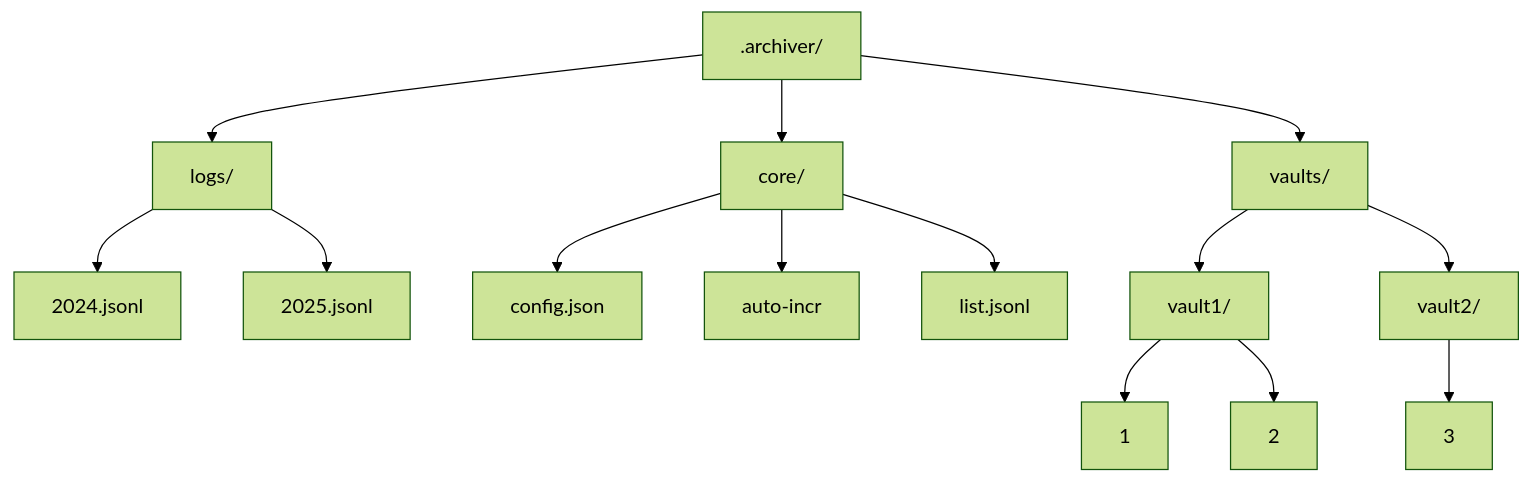
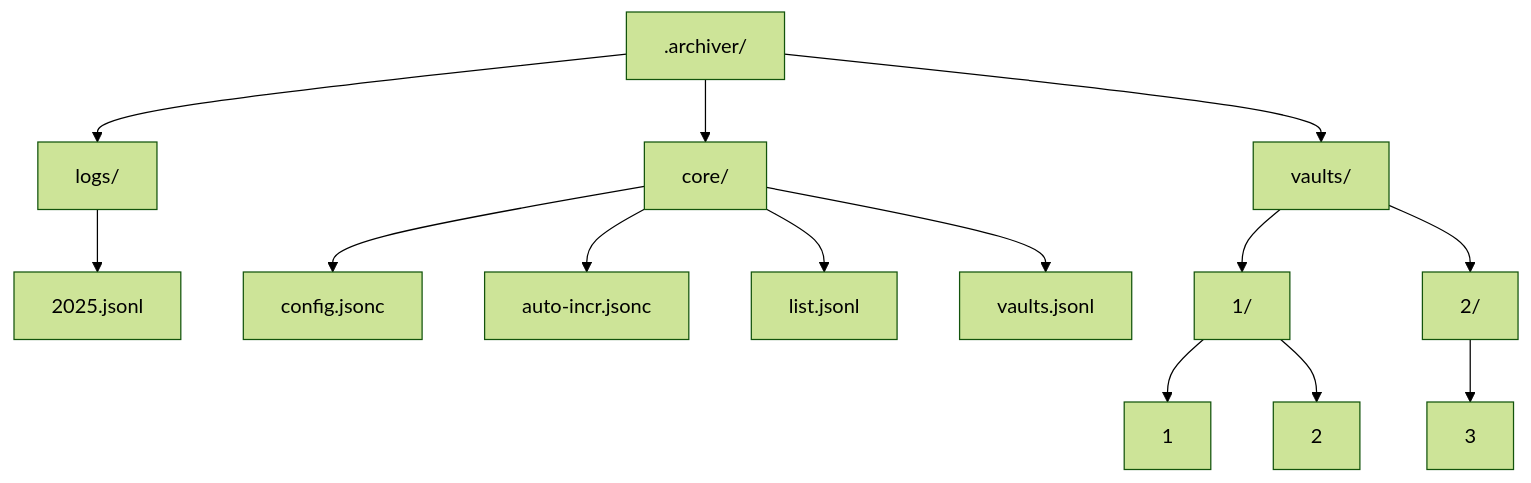
The diagram in README.md (baendlorel/archiver), drawn with Mermaid (forest theme) before and after one commit. The commit also changed other lines of this file and 1 other file, not shown here.

````diff
--- a/README.md
+++ b/README.md
@@ -25,16 +30,16 @@
 ```mermaid
 graph TD
     A[.archiver/] --> B[logs/]
     A  --> C[core/]
+    B  --> B2[2025.jsonl]
+    C  --> C1[config.jsonc]
+    C  --> C2[auto-incr.jsonc]
+    C  --> C3[list.jsonl]
+    C  --> C4[vaults.jsonl]
     A  --> D[vaults/]
-    B  --> B1[2024.jsonl]
-    B  --> B2[2025.jsonl]
-    C  --> C1[config.json]
-    C  --> C2[auto-incr]
-    C  --> C3[list.jsonl]
-    D  --> D1[vault1/]
-    D  --> D2[vault2/]
+    D  --> D1[1/]
+    D  --> D2[2/]
     D1 --> DD1[1]
     D1 --> DD2[2]
     D2 --> DD3[3]
 ```
````
